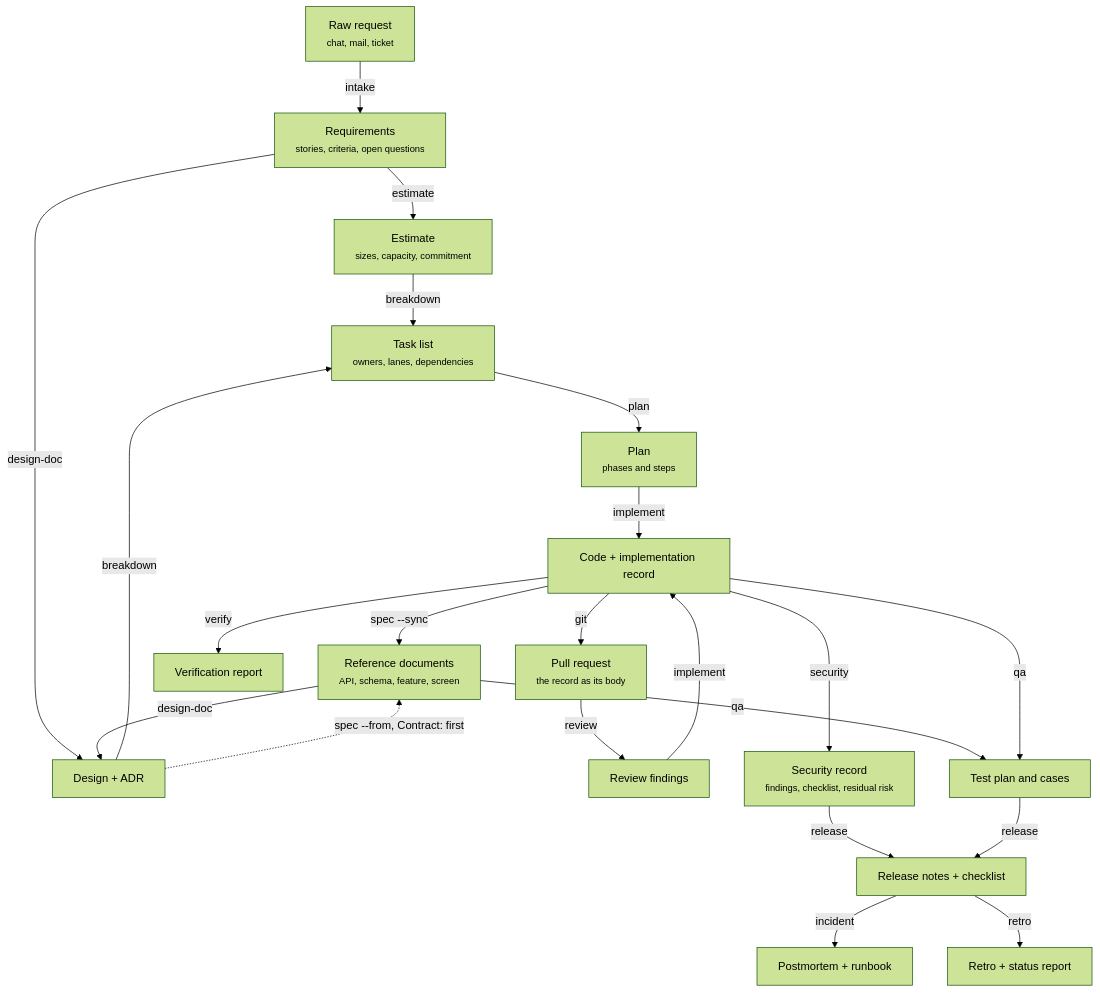
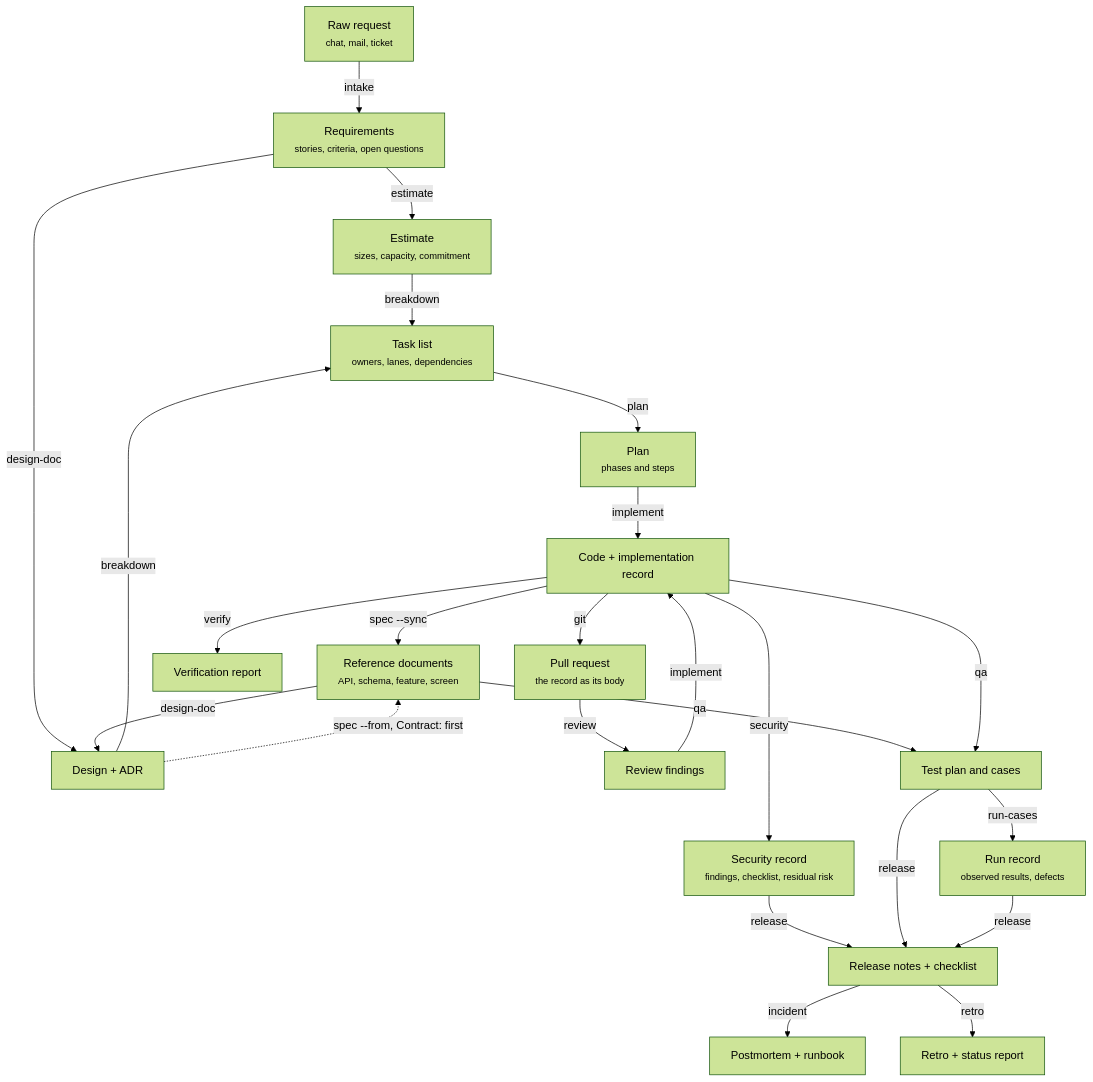
The diagram in docs/flow/skill-chain.md (lamngockhuong/aiteamkit), drawn with Mermaid (forest theme) before and after one commit. The commit also changed other lines of this file and 47 other files, not shown here.

First line of the commit message:
feat(run-cases): add atk:run-cases to execute approved cases on a deployed environment (#87)

````diff
--- a/docs/flow/skill-chain.md
+++ b/docs/flow/skill-chain.md
@@ -15,41 +15,44 @@
 ```mermaid
 flowchart TD
     A0["Raw request<br/><small>chat, mail, ticket</small>"]
     A1["Requirements<br/><small>stories, criteria, open questions</small>"]
     A2["Estimate<br/><small>sizes, capacity, commitment</small>"]
     A3["Design + ADR"]
     A3b["Reference documents<br/><small>API, schema, feature, screen</small>"]
     A4["Task list<br/><small>owners, lanes, dependencies</small>"]
     A5["Plan<br/><small>phases and steps</small>"]
     A6["Code + implementation record"]
     A6b["Pull request<br/><small>the record as its body</small>"]
     A7["Review findings"]
     A8["Test plan and cases"]
+    A8b["Run record<br/><small>observed results, defects</small>"]
     A9["Verification report"]
     A9b["Security record<br/><small>findings, checklist, residual risk</small>"]
     A10["Release notes + checklist"]
     A11["Postmortem + runbook"]
     A12["Retro + status report"]
 
     A0 -->|intake| A1
     A1 -->|estimate| A2
     A1 -->|design-doc| A3
     A2 -->|breakdown| A4
     A3 -->|breakdown| A4
     A3b -->|design-doc| A3
     A4 -->|plan| A5
     A5 -->|implement| A6
     A6 -->|git| A6b
     A6b -->|review| A7
     A7 -->|implement| A6
     A6 -->|spec --sync| A3b
     A3 -.->|spec --from, Contract: first| A3b
     A3b -->|qa| A8
     A6 -->|qa| A8
     A6 -->|verify| A9
     A6 -->|security| A9b
     A9b -->|release| A10
     A8 -->|release| A10
+    A8 -->|run-cases| A8b
+    A8b -->|release| A10
     A10 -->|incident| A11
     A10 -->|retro| A12
 ```
````
